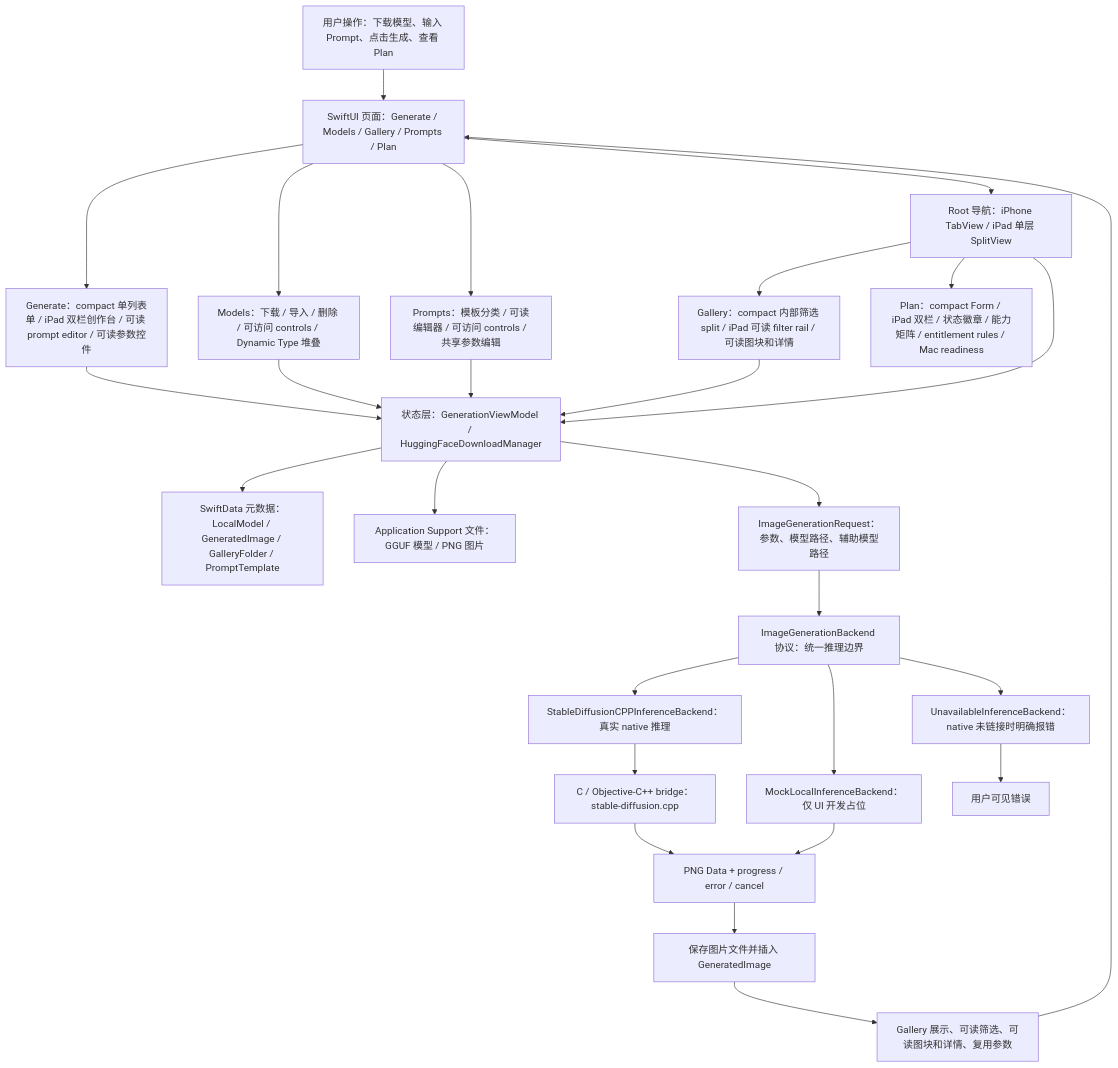
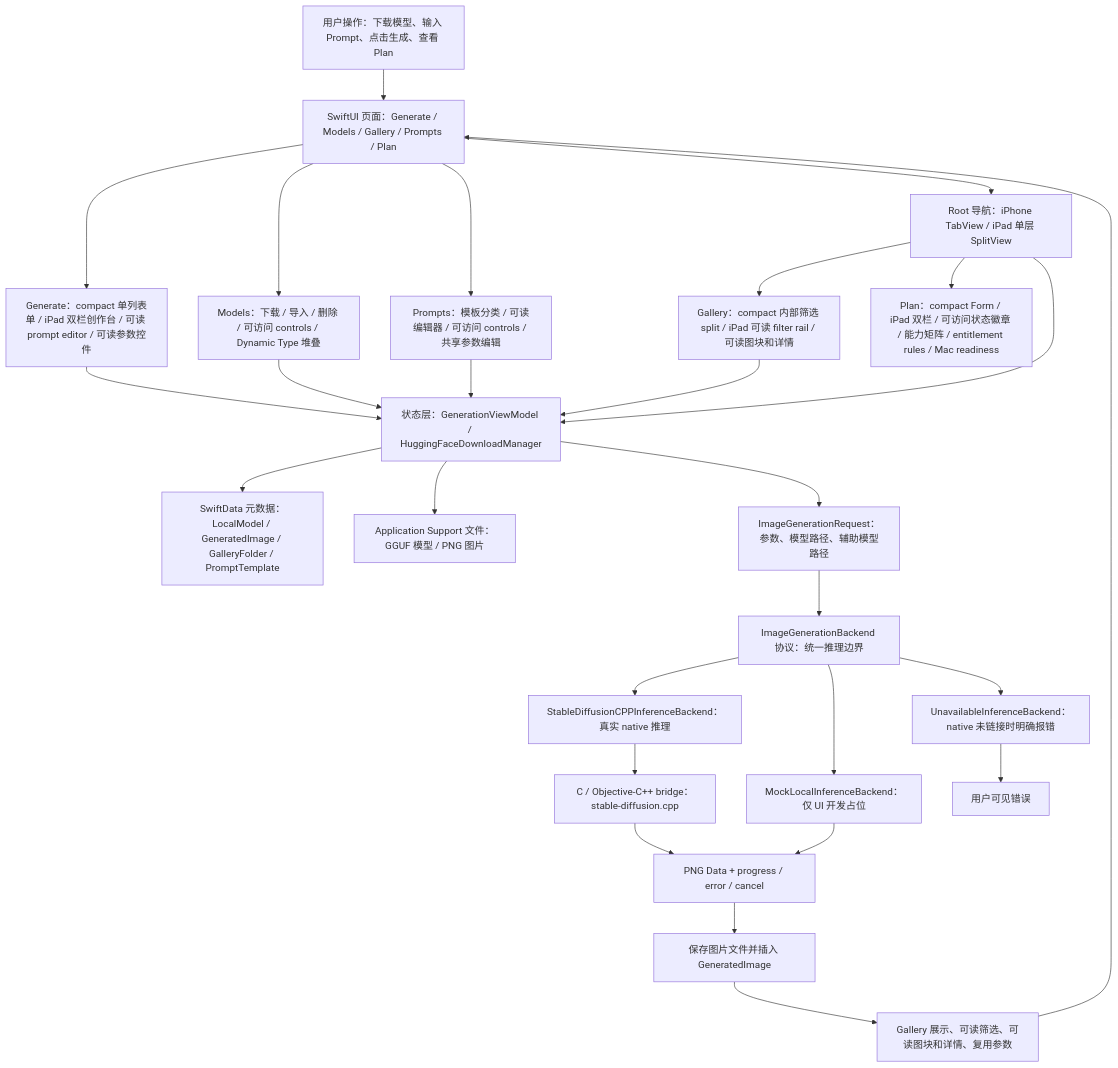
The first of 7 diagrams in md/flow/flowchart.md (Altman-sam114/118), drawn with Mermaid before and after one commit. The commit also changed 5 other files, not shown here.

````diff
--- a/md/flow/flowchart.md
+++ b/md/flow/flowchart.md
@@ -9,29 +9,29 @@
 ```mermaid
 flowchart TD
   U["用户操作：下载模型、输入 Prompt、点击生成、查看 Plan"] --> UI["SwiftUI 页面：Generate / Models / Gallery / Prompts / Plan"]
   UI --> GENUI["Generate：compact 单列表单 / iPad 双栏创作台 / 可读 prompt editor / 可读参数控件"]
   UI --> MODELUI["Models：下载 / 导入 / 删除 / 可访问 controls / Dynamic Type 堆叠"]
   UI --> PROMPTUI["Prompts：模板分类 / 可读编辑器 / 可访问 controls / 共享参数编辑"]
   UI --> NAV["Root 导航：iPhone TabView / iPad 单层 SplitView"]
   NAV --> GALUI["Gallery：compact 内部筛选 split / iPad 可读 filter rail / 可读图块和详情"]
-  NAV --> PLANUI["Plan：compact Form / iPad 双栏 / 状态徽章 / 能力矩阵 / entitlement rules / Mac readiness"]
+  NAV --> PLANUI["Plan：compact Form / iPad 双栏 / 可访问状态徽章 / 能力矩阵 / entitlement rules / Mac readiness"]
   NAV --> VM["状态层：GenerationViewModel / HuggingFaceDownloadManager"]
   GENUI --> VM
   MODELUI --> VM
   PROMPTUI --> VM
   GALUI --> VM
   VM --> SD["SwiftData 元数据：LocalModel / GeneratedImage / GalleryFolder / PromptTemplate"]
   VM --> FS["Application Support 文件：GGUF 模型 / PNG 图片"]
   VM --> REQ["ImageGenerationRequest：参数、模型路径、辅助模型路径"]
   REQ --> IFACE["ImageGenerationBackend 协议：统一推理边界"]
   IFACE --> NATIVE["StableDiffusionCPPInferenceBackend：真实 native 推理"]
   IFACE --> MOCK["MockLocalInferenceBackend：仅 UI 开发占位"]
   IFACE --> OFF["UnavailableInferenceBackend：native 未链接时明确报错"]
   NATIVE --> BRIDGE["C / Objective-C++ bridge：stable-diffusion.cpp"]
   BRIDGE --> PNG["PNG Data + progress / error / cancel"]
   MOCK --> PNG
   OFF --> ERR["用户可见错误"]
   PNG --> SAVE["保存图片文件并插入 GeneratedImage"]
   SAVE --> GALLERY["Gallery 展示、可读筛选、可读图块和详情、复用参数"]
   GALLERY --> UI
 ```
````
